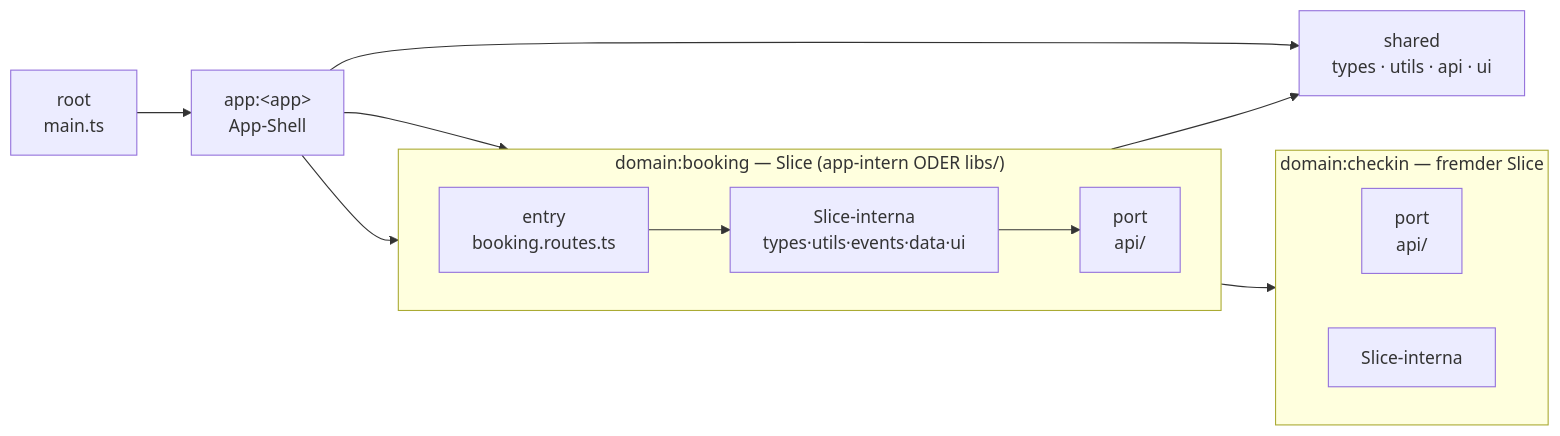
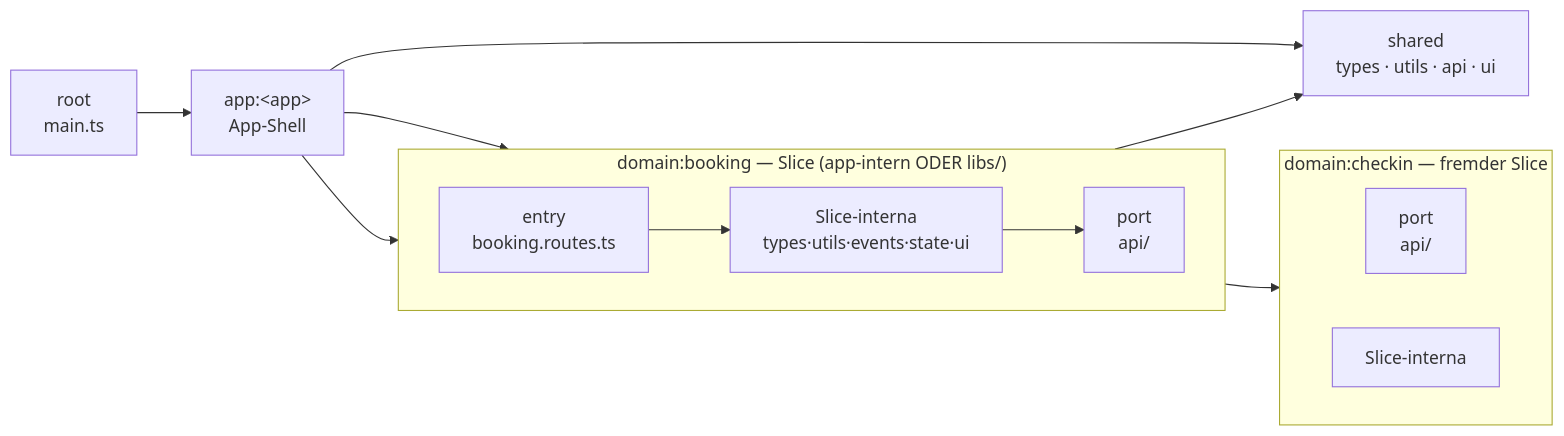
Before and after one commit to michaelbe812/sheriff-demos: the second of 5 diagrams in docs/architecture.md, drawn with Mermaid. The commit also changed other lines of this file and 26 other files, not shown here.

````diff
--- a/docs/architecture.md
+++ b/docs/architecture.md
@@ -126,29 +126,29 @@
 ```mermaid
 graph LR
   root["root<br/>main.ts"]
   shell["app:&lt;app&gt;<br/>App-Shell"]
   root --> shell
 
   subgraph D1["domain:booking — Slice (app-intern ODER libs/)"]
     direction LR
     d1entry["entry<br/>booking.routes.ts"]
     d1port["port<br/>api/"]
-    d1int["Slice-interna<br/>types·utils·events·data·ui"]
+    d1int["Slice-interna<br/>types·utils·events·state·ui"]
   end
 
   subgraph D2["domain:checkin — fremder Slice"]
     direction LR
     d2port["port<br/>api/"]
     d2int["Slice-interna"]
   end
 
   sharedb["shared<br/>types · utils · api · ui"]
 
   shell --> d1entry
   shell --> d1port
   shell --> sharedb
   d1entry --> d1int
   d1int --> d1port
   d1int --> d2port
   d1int --> sharedb
 ```
````
